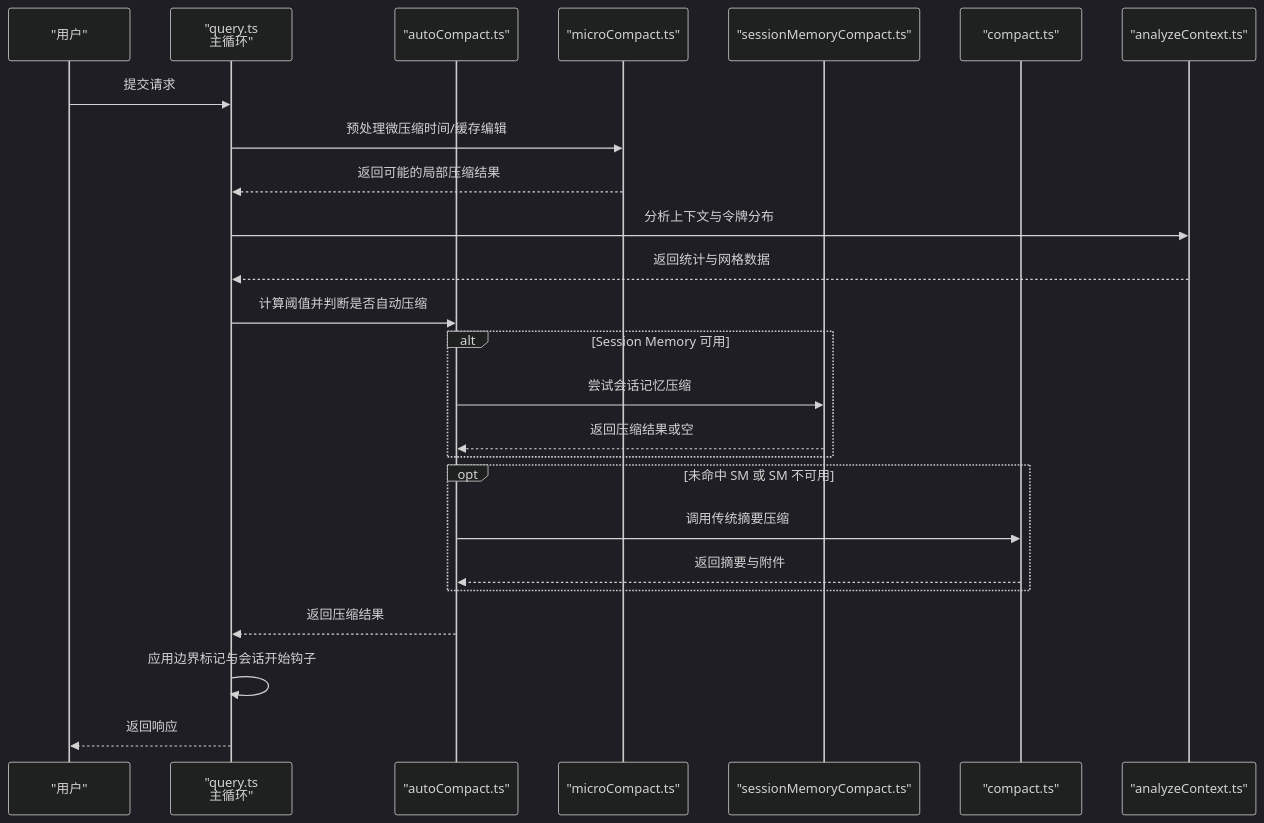
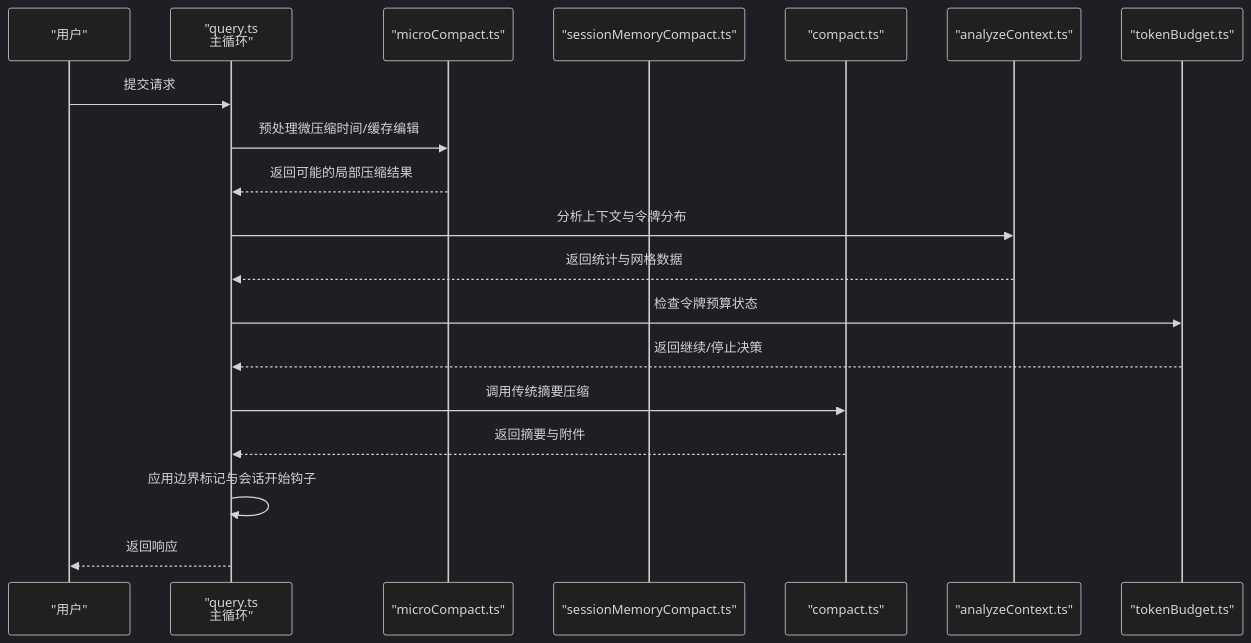
One commit to yuanliu147/claude-code changed the second of 8 diagrams in .qoder/repowiki/zh/content/上下文管理系统/上下文管理系统.md. Above: the diagram before and after it, drawn with Mermaid (dark theme). The commit also changed other lines of this file and 5 other files, not shown here.

````diff
--- a/.qoder/repowiki/zh/content/上下文管理系统/上下文管理系统.md
+++ b/.qoder/repowiki/zh/content/上下文管理系统/上下文管理系统.md
@@ -124,27 +122,21 @@
 ```mermaid
 sequenceDiagram
 participant U as "用户"
 participant Q as "query.ts<br/>主循环"
-participant AC as "autoCompact.ts"
 participant MC as "microCompact.ts"
 participant SM as "sessionMemoryCompact.ts"
 participant CD as "compact.ts"
 participant AN as "analyzeContext.ts"
+participant TB as "tokenBudget.ts"
 U->>Q : 提交请求
 Q->>MC : 预处理微压缩时间/缓存编辑
 MC-->>Q : 返回可能的局部压缩结果
 Q->>AN : 分析上下文与令牌分布
 AN-->>Q : 返回统计与网格数据
-Q->>AC : 计算阈值并判断是否自动压缩
-alt Session Memory 可用
-AC->>SM : 尝试会话记忆压缩
-SM-->>AC : 返回压缩结果或空
-end
-opt 未命中 SM 或 SM 不可用
-AC->>CD : 调用传统摘要压缩
-CD-->>AC : 返回摘要与附件
-end
-AC-->>Q : 返回压缩结果
+Q->>TB : 检查令牌预算状态
+TB-->>Q : 返回继续/停止决策
+Q->>CD : 调用传统摘要压缩
+CD-->>Q : 返回摘要与附件
 Q->>Q : 应用边界标记与会话开始钩子
 Q-->>U : 返回响应
 ```
````
